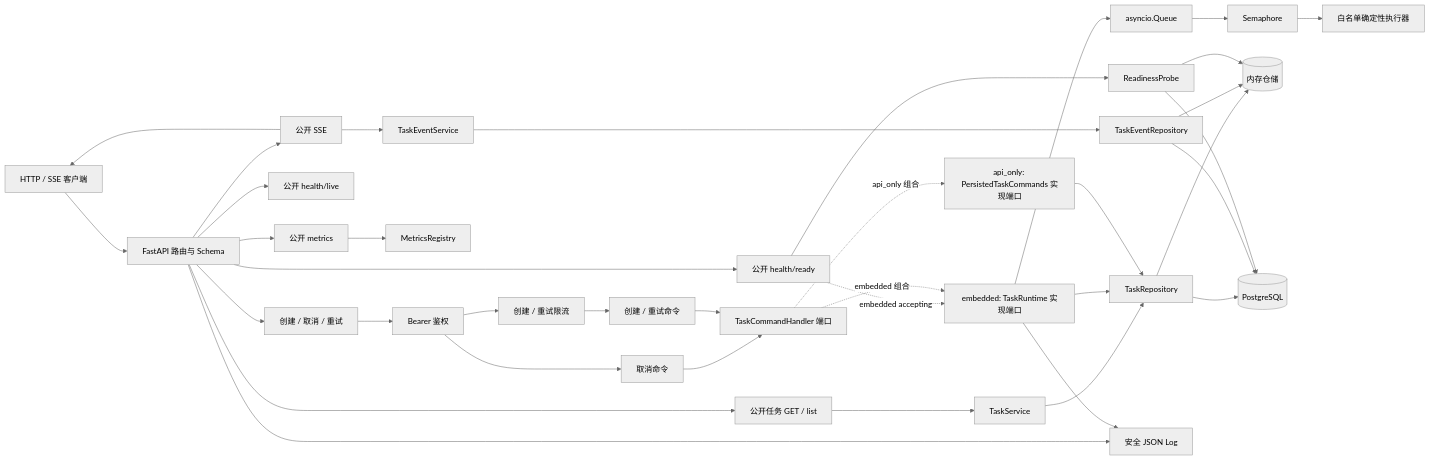
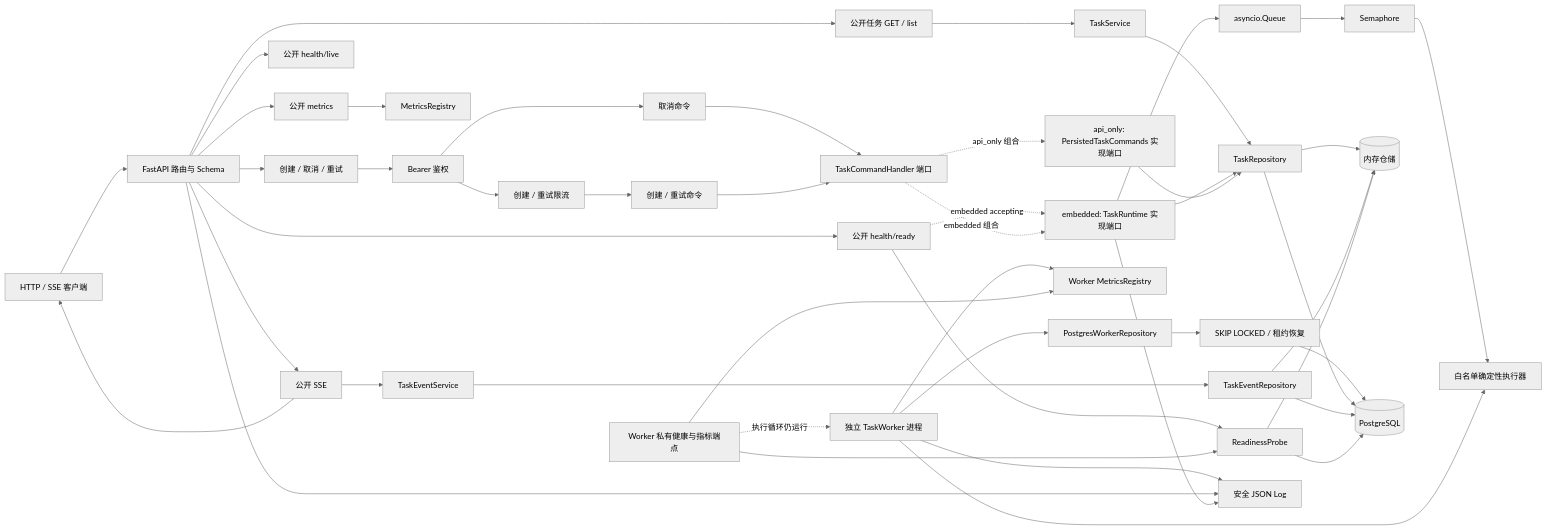
The first of 4 diagrams in docs/architecture.md (adv-mmy/TeyvatNotes), drawn with Mermaid (neutral theme) before and after one commit. The commit also changed other lines of this file and 27 other files, not shown here.

````diff
--- a/docs/architecture.md
+++ b/docs/architecture.md
@@ -7,55 +7,67 @@
 ```mermaid
 flowchart LR
     Client[HTTP / SSE 客户端]
     API[FastAPI 路由与 Schema]
     TaskReads[公开任务 GET / list]
     SSE[公开 SSE]
     Live[公开 health/live]
     Ready[公开 health/ready]
     MetricsAPI[公开 metrics]
     ReadService[TaskService]
     EventService[TaskEventService]
     Probe[ReadinessProbe]
     MetricStore[MetricsRegistry]
     Writes[创建 / 取消 / 重试]
     Auth[Bearer 鉴权]
     Rate[创建 / 重试限流]
     Cancel[取消命令]
     Cost[创建 / 重试命令]
     Handler[TaskCommandHandler 端口]
     Runtime[embedded: TaskRuntime 实现端口]
     Persisted[api_only: PersistedTaskCommands 实现端口]
+    Worker[独立 TaskWorker 进程]
+    WorkerMonitor[Worker 私有健康与指标端点]
+    WorkerMetrics[Worker MetricsRegistry]
+    Claim[PostgresWorkerRepository]
+    Lease[SKIP LOCKED / 租约恢复]
     Queue[asyncio.Queue]
     Gate[Semaphore]
     Executor[白名单确定性执行器]
     Repo[TaskRepository]
     EventRepo[TaskEventRepository]
     Memory[(内存仓储)]
     PG[(PostgreSQL)]
     Logs[安全 JSON Log]
 
     Client --> API
     API --> TaskReads --> ReadService --> Repo
     API --> SSE --> EventService --> EventRepo
     SSE --> Client
     API --> Live
     API --> Ready --> Probe
     Ready -. embedded accepting .-> Runtime
     API --> MetricsAPI --> MetricStore
     API --> Writes --> Auth
     Auth --> Cancel --> Handler
     Auth --> Rate --> Cost --> Handler
     Handler -. embedded 组合 .-> Runtime
     Handler -. api_only 组合 .-> Persisted
     Runtime --> Queue --> Gate --> Executor
     Runtime --> Repo
     Persisted --> Repo
+    Worker --> Claim --> Lease --> PG
+    Worker --> Executor
+    Worker --> Logs
+    Worker --> WorkerMetrics
+    WorkerMonitor --> WorkerMetrics
+    WorkerMonitor --> Probe
+    WorkerMonitor -. 执行循环仍运行 .-> Worker
     Repo --> Memory
     Repo --> PG
     EventRepo --> Memory
     EventRepo --> PG
     Probe --> Memory
     Probe --> PG
     API --> Logs
     Runtime --> Logs
 ```
````
